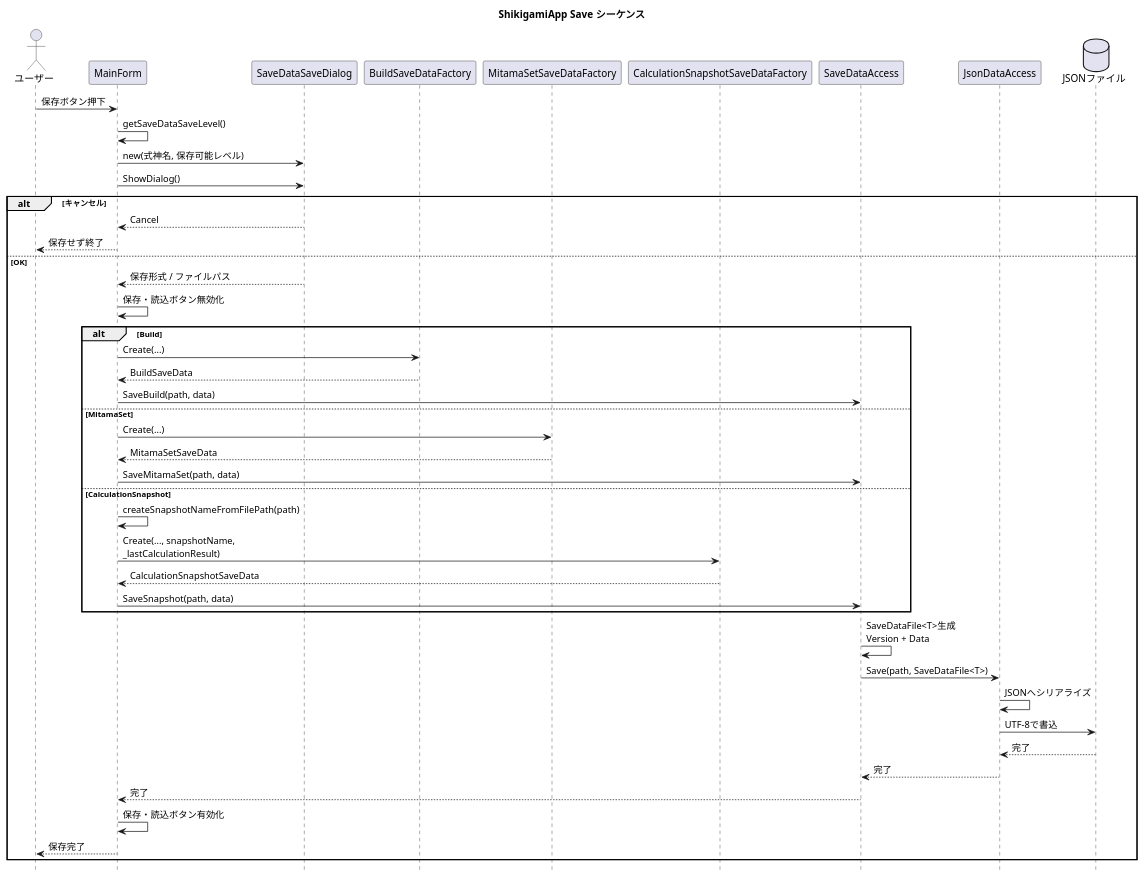
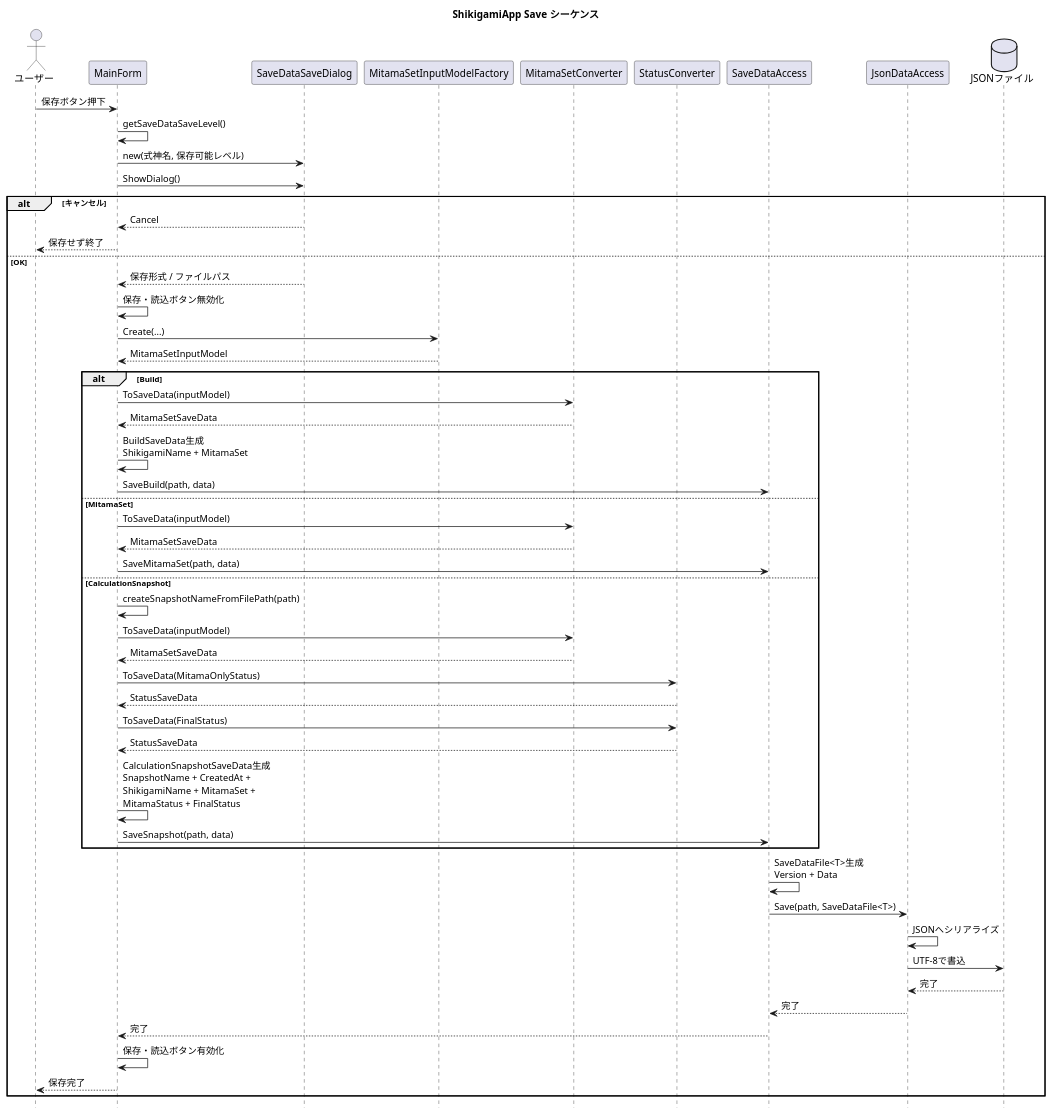
One commit to Staraptor0398/ShikigamiStatusCalculator changed the diagram in Document/Diagram/SaveData/save_sequence.wsd. Above: the diagram before and after it, drawn with PlantUML. The commit also changed 3 other files, not shown here.

Commit message:
Update SaveData sequence diagrams

```diff
--- a/Document/Diagram/SaveData/save_sequence.wsd
+++ b/Document/Diagram/SaveData/save_sequence.wsd
@@ -1,65 +1,79 @@
 @startuml
 title ShikigamiApp Save シーケンス
 
 hide footbox
 
 actor "ユーザー" as User
 
 participant "MainForm" as MainForm
 participant "SaveDataSaveDialog" as SaveDialog
 
-participant "BuildSaveDataFactory" as BuildFactory
-participant "MitamaSetSaveDataFactory" as MitamaSetFactory
-participant "CalculationSnapshotSaveDataFactory" as SnapshotFactory
+participant "MitamaSetInputModelFactory" as InputModelFactory
+participant "MitamaSetConverter" as MitamaSetConverter
+participant "StatusConverter" as StatusConverter
 
 participant "SaveDataAccess" as SaveDataAccess
 participant "JsonDataAccess" as JsonDataAccess
 
 database "JSONファイル" as JsonFile
 
 User -> MainForm : 保存ボタン押下
 
 MainForm -> MainForm : getSaveDataSaveLevel()
 MainForm -> SaveDialog : new(式神名, 保存可能レベル)
 MainForm -> SaveDialog : ShowDialog()
 
 alt キャンセル
    SaveDialog --> MainForm : Cancel
    MainForm --> User : 保存せず終了
 else OK
    SaveDialog --> MainForm : 保存形式 / ファイルパス
    MainForm -> MainForm : 保存・読込ボタン無効化
 
+   MainForm -> InputModelFactory : Create(...)
+   InputModelFactory --> MainForm : MitamaSetInputModel
+
    alt Build
-       MainForm -> BuildFactory : Create(...)
-       BuildFactory --> MainForm : BuildSaveData
+       MainForm -> MitamaSetConverter : ToSaveData(inputModel)
+       MitamaSetConverter --> MainForm : MitamaSetSaveData
+
+       MainForm -> MainForm : BuildSaveData生成\nShikigamiName + MitamaSet
        MainForm -> SaveDataAccess : SaveBuild(path, data)
 
    else MitamaSet
-       MainForm -> MitamaSetFactory : Create(...)
-       MitamaSetFactory --> MainForm : MitamaSetSaveData
+       MainForm -> MitamaSetConverter : ToSaveData(inputModel)
+       MitamaSetConverter --> MainForm : MitamaSetSaveData
+
        MainForm -> SaveDataAccess : SaveMitamaSet(path, data)
 
    else CalculationSnapshot
        MainForm -> MainForm : createSnapshotNameFromFilePath(path)
 
-       MainForm -> SnapshotFactory : Create(..., snapshotName,\n_lastCalculationResult)
-       SnapshotFactory --> MainForm : CalculationSnapshotSaveData
+       MainForm -> MitamaSetConverter : ToSaveData(inputModel)
+       MitamaSetConverter --> MainForm : MitamaSetSaveData
+
+       MainForm -> StatusConverter : ToSaveData(MitamaOnlyStatus)
+       StatusConverter --> MainForm : StatusSaveData
+
+       MainForm -> StatusConverter : ToSaveData(FinalStatus)
+       StatusConverter --> MainForm : StatusSaveData
+
+       MainForm -> MainForm : CalculationSnapshotSaveData生成\nSnapshotName + CreatedAt +\nShikigamiName + MitamaSet +\nMitamaStatus + FinalStatus
 
        MainForm -> SaveDataAccess : SaveSnapshot(path, data)
    end
 
    SaveDataAccess -> SaveDataAccess : SaveDataFile<T>生成\nVersion + Data
    SaveDataAccess -> JsonDataAccess : Save(path, SaveDataFile<T>)
 
    JsonDataAccess -> JsonDataAccess : JSONへシリアライズ
    JsonDataAccess -> JsonFile : UTF-8で書込
    JsonFile --> JsonDataAccess : 完了
    JsonDataAccess --> SaveDataAccess : 完了
    SaveDataAccess --> MainForm : 完了
 
    MainForm -> MainForm : 保存・読込ボタン有効化
    MainForm --> User : 保存完了
 end
 
 @enduml
```
